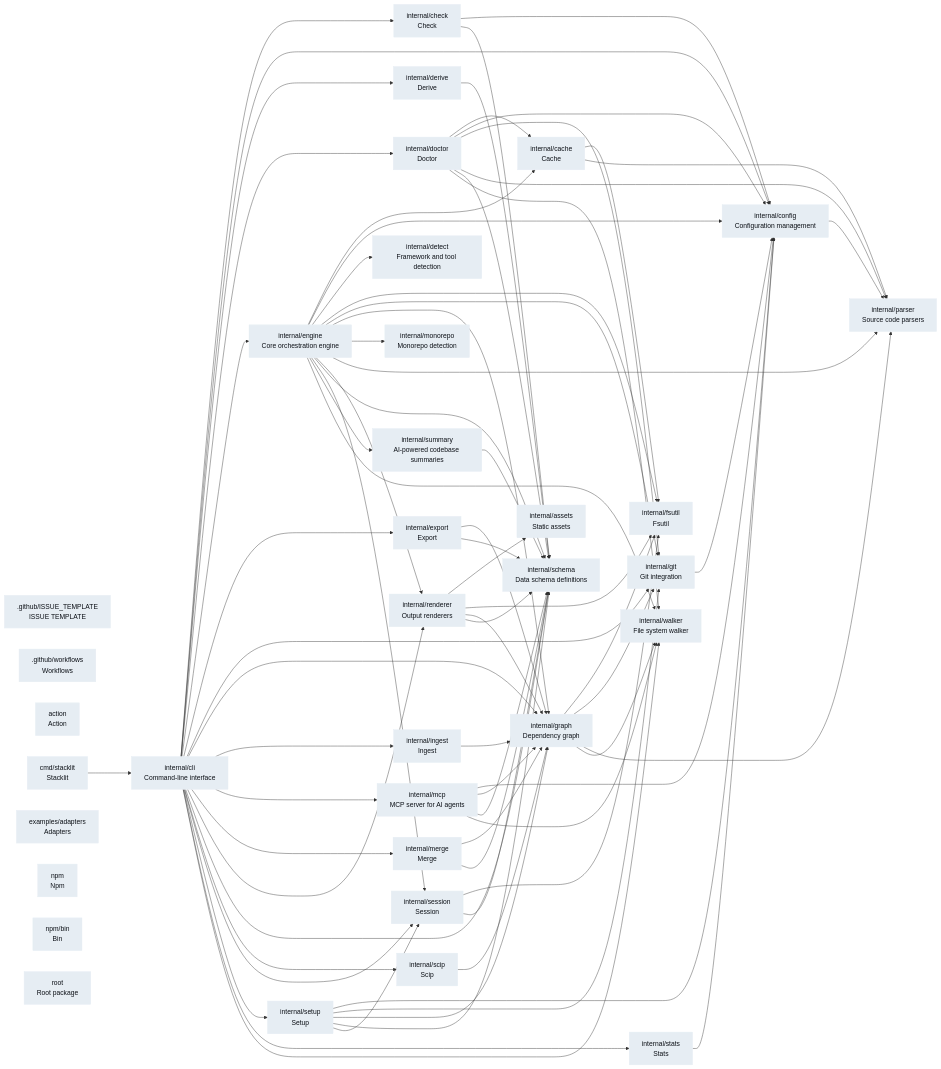
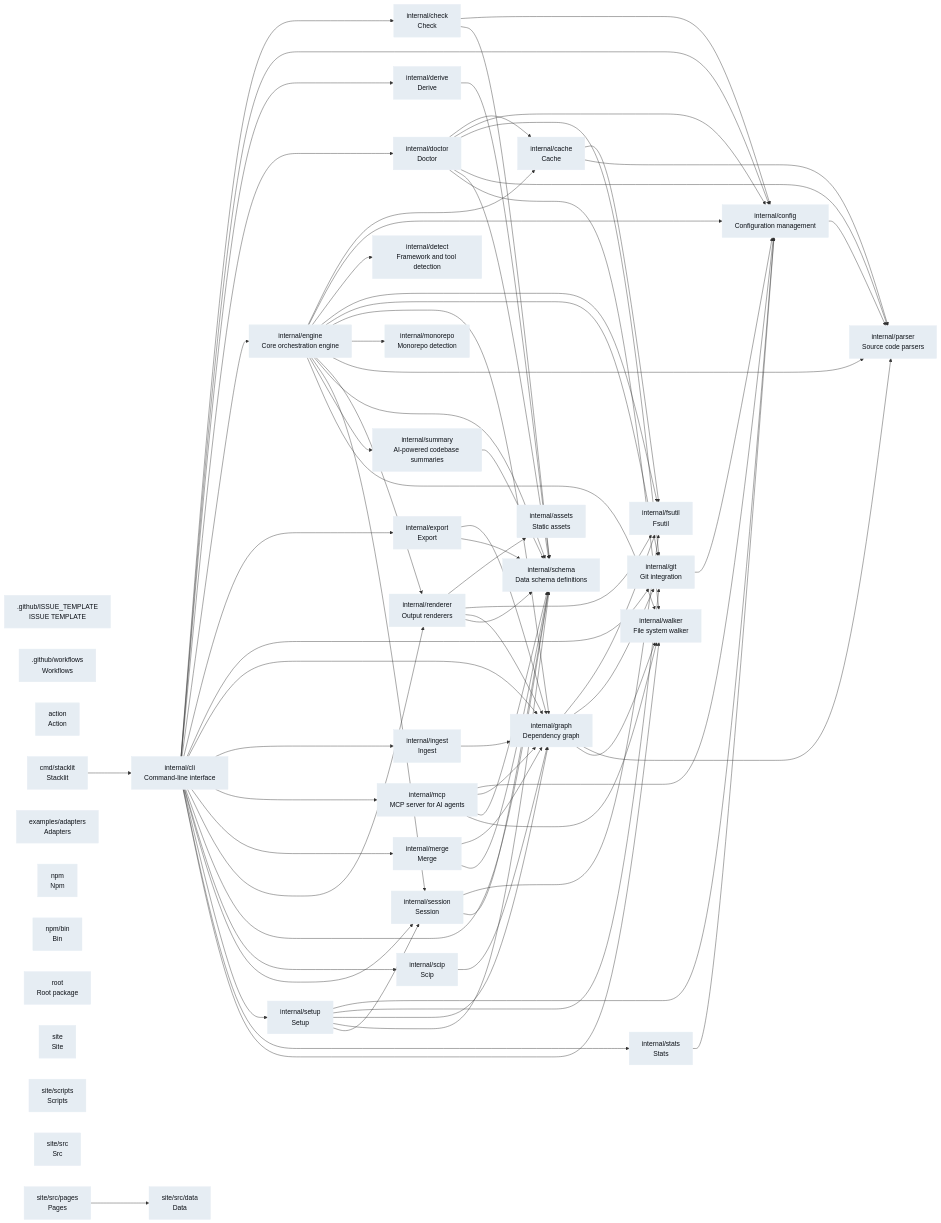
Before and after one commit to glincker/stacklit: the diagram in docs/DEPENDENCIES.md, drawn with Mermaid. The commit also changed 1 other file, not shown here.

Commit message:
chore: update stacklit index

````diff
--- a/docs/DEPENDENCIES.md
+++ b/docs/DEPENDENCIES.md
@@ -53,6 +53,11 @@
   npm["npm<br/>Npm"]:::go
   npm_bin["npm/bin<br/>Bin"]:::go
   root["root<br/>Root package"]:::go
+  site["site<br/>Site"]:::go
+  site_scripts["site/scripts<br/>Scripts"]:::go
+  site_src["site/src<br/>Src"]:::go
+  site_src_data["site/src/data<br/>Data"]:::go
+  site_src_pages["site/src/pages<br/>Pages"]:::go
   cmd_stacklit --> internal_cli
   internal_cache --> internal_fsutil
   internal_cache --> internal_parser
@@ -125,4 +130,5 @@
   internal_setup --> internal_session
   internal_stats --> internal_config
   internal_summary --> internal_schema
+  site_src_pages --> site_src_data
 ```
````
